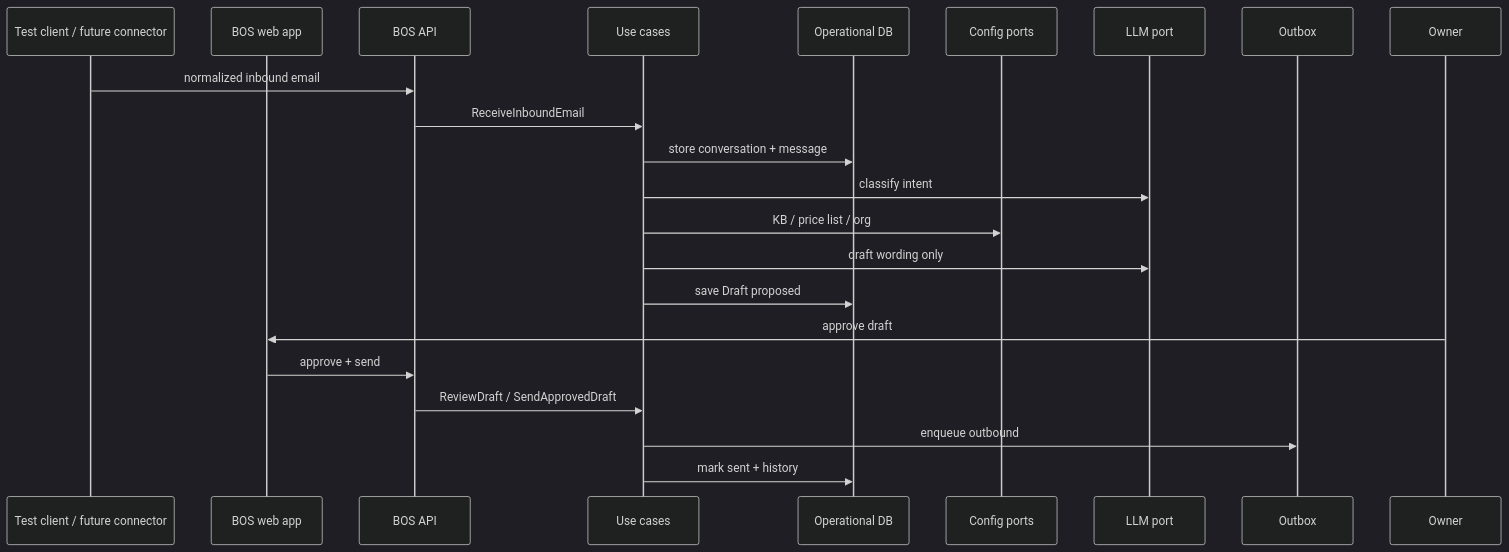
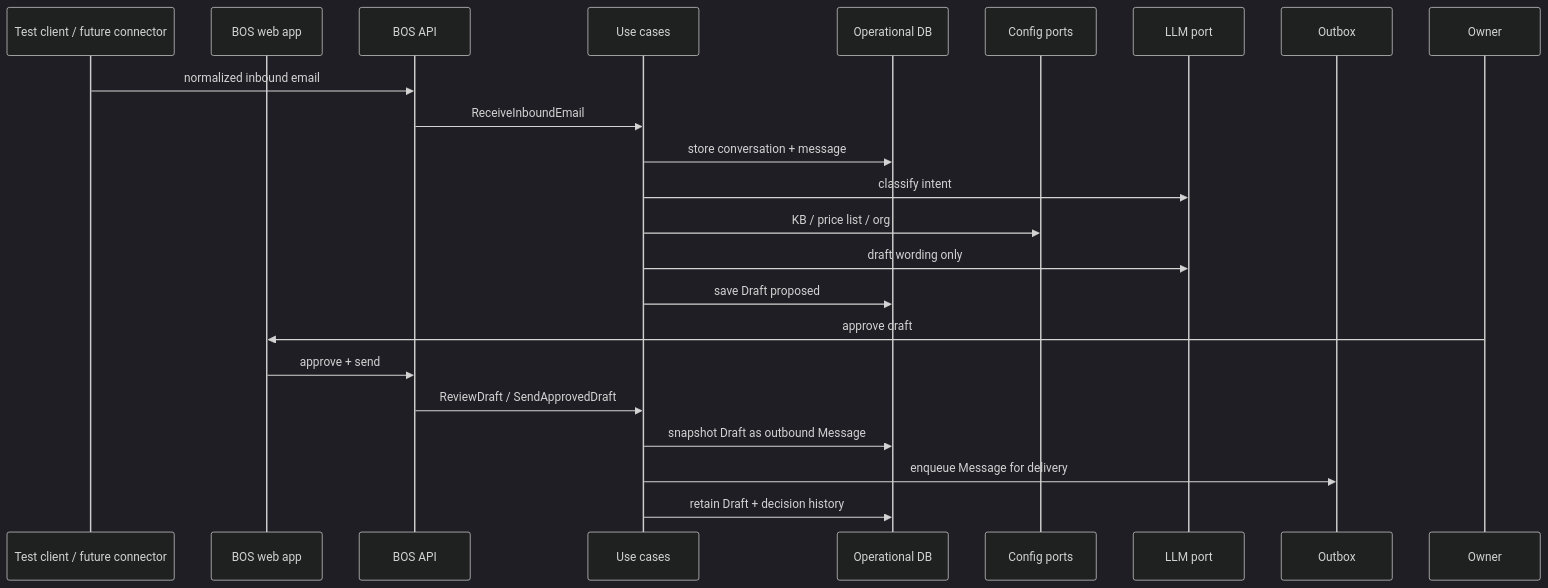
One commit to OwnStack-Digital/customer-desk changed the second of 3 diagrams in docs/ARCHITECTURE.md. Above: the diagram before and after it, drawn with Mermaid (dark theme). The commit also changed other lines of this file, not shown here.

Commit message:
docs: clarify API boundaries and draft lifecycle

````diff
--- a/docs/ARCHITECTURE.md
+++ b/docs/ARCHITECTURE.md
@@ -78,25 +79,26 @@
 ```mermaid
 sequenceDiagram
   participant Src as Test client / future connector
   participant UI as BOS web app
   participant API as BOS API
   participant UC as Use cases
   participant DB as Operational DB
   participant Cfg as Config ports
   participant AI as LLM port
   participant Ob as Outbox
   participant Own as Owner
 
   Src->>API: normalized inbound email
   API->>UC: ReceiveInboundEmail
   UC->>DB: store conversation + message
   UC->>AI: classify intent
   UC->>Cfg: KB / price list / org
   UC->>AI: draft wording only
   UC->>DB: save Draft proposed
   Own->>UI: approve draft
   UI->>API: approve + send
   API->>UC: ReviewDraft / SendApprovedDraft
-  UC->>Ob: enqueue outbound
-  UC->>DB: mark sent + history
+  UC->>DB: snapshot Draft as outbound Message
+  UC->>Ob: enqueue Message for delivery
+  UC->>DB: retain Draft + decision history
 ```
````
